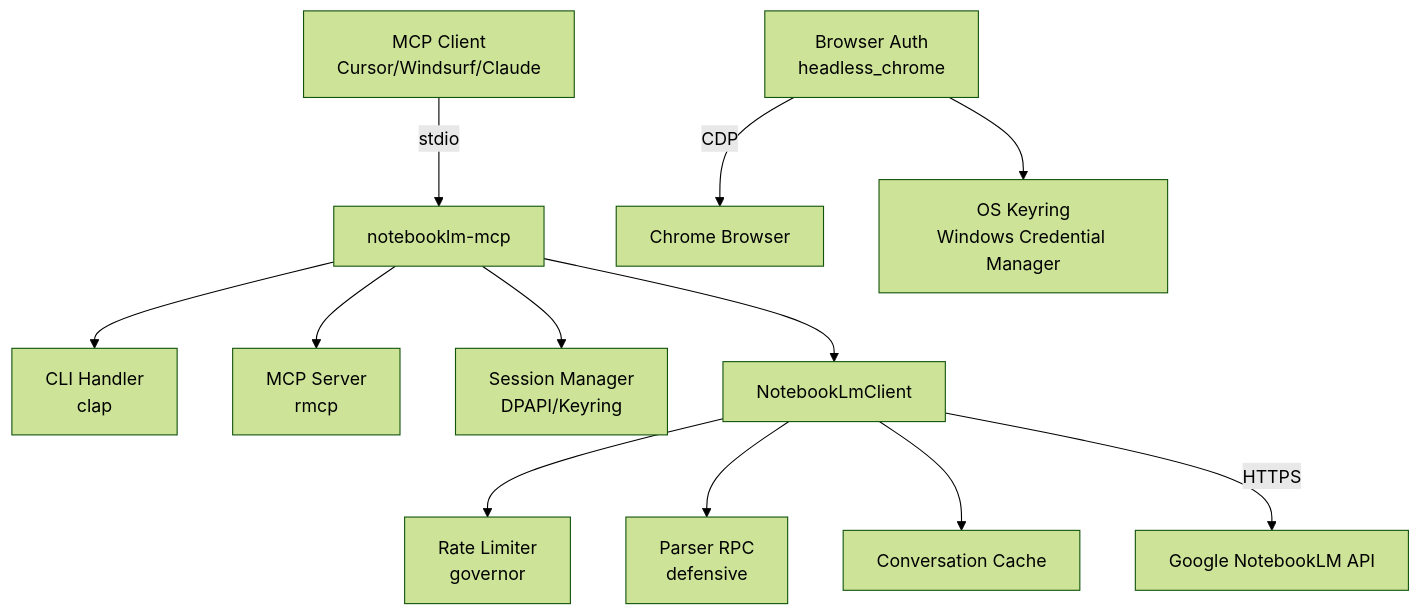
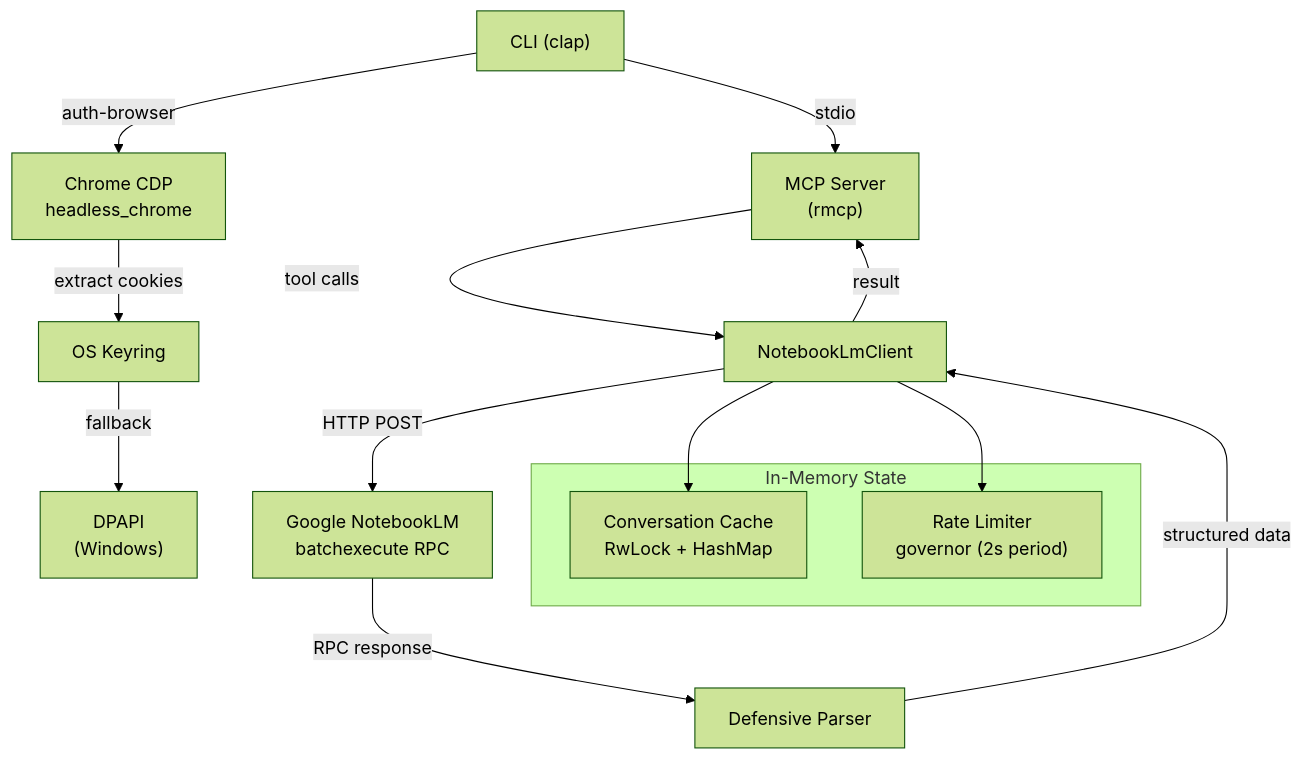
The first of 2 diagrams in docs/en/01-architecture.md (maisonnat/notebooklm-rust-mcp), drawn with Mermaid (forest theme) before and after one commit. The commit also changed other lines of this file, not shown here.

````diff
--- a/docs/en/01-architecture.md
+++ b/docs/en/01-architecture.md
@@ -18,15 +14,21 @@
 ```mermaid
-graph TD
-    Client[MCP Client<br/>Cursor/Windsurf/Claude] -->|stdio| Server[notebooklm-mcp]
-    Server --> CLI[CLI Handler<br/>clap]
-    Server --> MCP[MCP Server<br/>rmcp]
-    Server --> Session[Session Manager<br/>DPAPI/Keyring]
-    Server --> ClientHTTP[NotebookLmClient]
-    ClientHTTP --> RateLimit[Rate Limiter<br/>governor]
-    ClientHTTP --> Parser[Parser RPC<br/>defensive]
-    ClientHTTP --> Cache[Conversation Cache]
-    ClientHTTP -->|HTTPS| Google[Google NotebookLM API]
-    
-    Auth[Browser Auth<br/>headless_chrome] -->|CDP| Chrome[Chrome Browser]
-    Auth --> Keyring[OS Keyring<br/>Windows Credential Manager]
+graph TB
+    CLI["CLI (clap)"] -->|"auth-browser"| Browser["Chrome CDP<br/>headless_chrome"]
+    CLI -->|"stdio"| MCP["MCP Server<br/>(rmcp)"]
+    MCP -->|"tool calls"| Client["NotebookLmClient"]
+    Client -->|"HTTP POST"| Google["Google NotebookLM<br/>batchexecute RPC"]
+    Google -->|"RPC response"| Parser["Defensive Parser"]
+    Parser -->|"structured data"| Client
+    Client -->|"result"| MCP
+
+    Browser -->|"extract cookies"| Keyring["OS Keyring"]
+    Keyring -->|"fallback"| DPAPI["DPAPI<br/>(Windows)"]
+
+    subgraph "In-Memory State"
+        Cache["Conversation Cache<br/>RwLock + HashMap"]
+        Limiter["Rate Limiter<br/>governor (2s period)"]
+    end
+
+    Client --> Cache
+    Client --> Limiter
 ```
````
